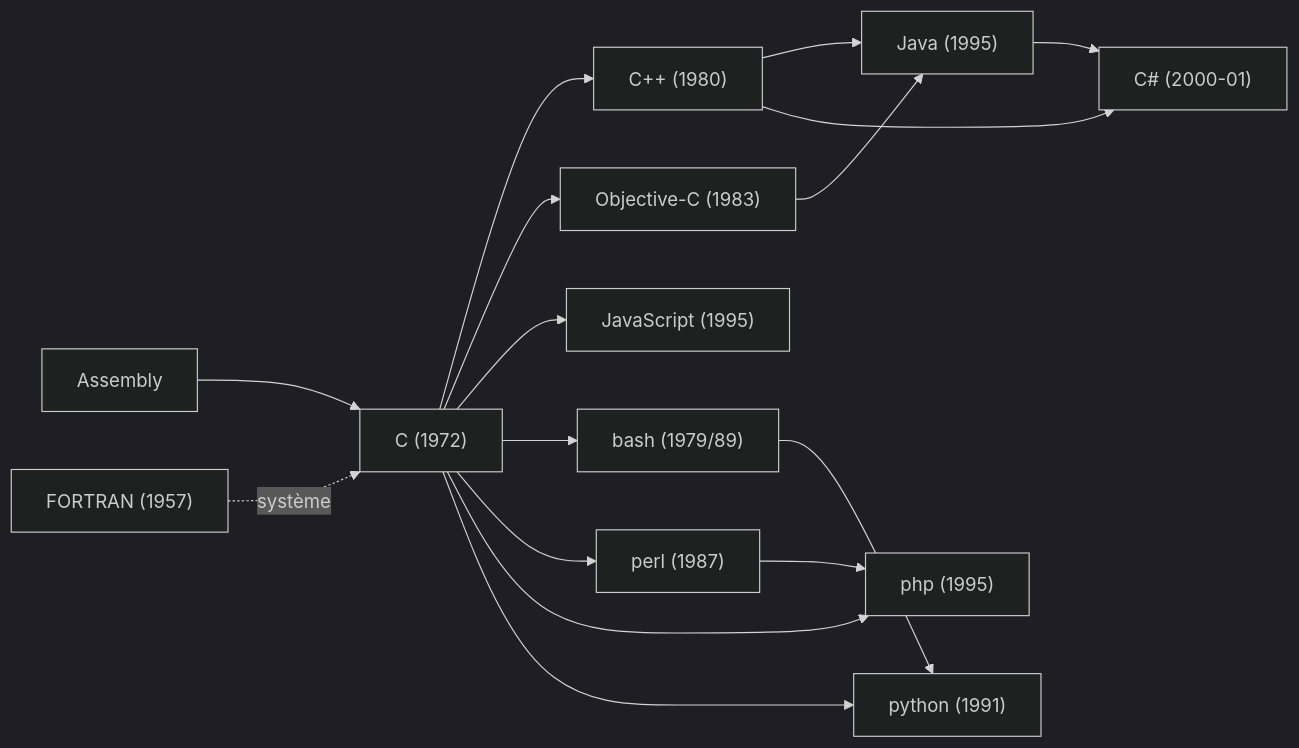
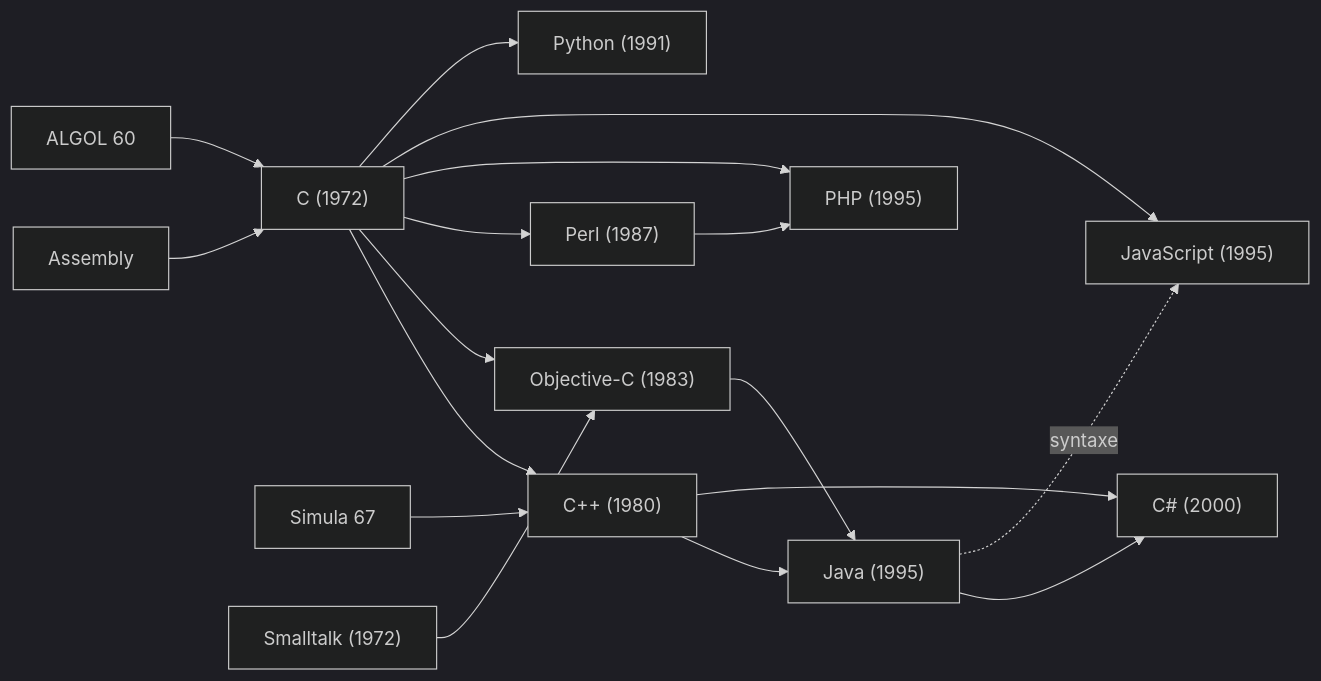
The diagram in Histoire-des-Langages-C-CPP.md (Elouzi-art/Algorithm), drawn with Mermaid (dark theme) before and after one commit. The commit also changed other lines of this file, not shown here.

````diff
--- a/Histoire-des-Langages-C-CPP.md
+++ b/Histoire-des-Langages-C-CPP.md
@@ -37,18 +42,19 @@
 ```mermaid
 graph LR
     ASM[Assembly] --> C["C (1972)"]
-    FORTRAN["FORTRAN (1957)"] -.système.-> C
-    C --> CPP["C++ (1980)"]
-    C --> OBJC["Objective-C (1983)"]
+    ALGOL["ALGOL 60"] --> C
+    SIMULA["Simula 67"] --> CPP["C++ (1980)"]
+    C --> CPP
+    SMALLTALK["Smalltalk (1972)"] --> OBJC["Objective-C (1983)"]
+    C --> OBJC
     CPP --> JAVA["Java (1995)"]
     OBJC --> JAVA
-    CPP --> CSHARP["C# (2000-01)"]
-    JAVA --> CSHARP
+    JAVA --> CSHARP["C# (2000)"]
+    CPP --> CSHARP
+    C --> PERL["Perl (1987)"]
+    PERL --> PHP["PHP (1995)"]
+    C --> PHP
     C --> JS["JavaScript (1995)"]
-    C --> BASH["bash (1979/89)"]
-    C --> PERL["perl (1987)"]
-    C --> PHP["php (1995)"]
-    C --> PYTHON["python (1991)"]
-    BASH --> PYTHON
-    PERL --> PHP
+    JAVA -.syntaxe.-> JS
+    C --> PYTHON["Python (1991)"]
 ```
````
